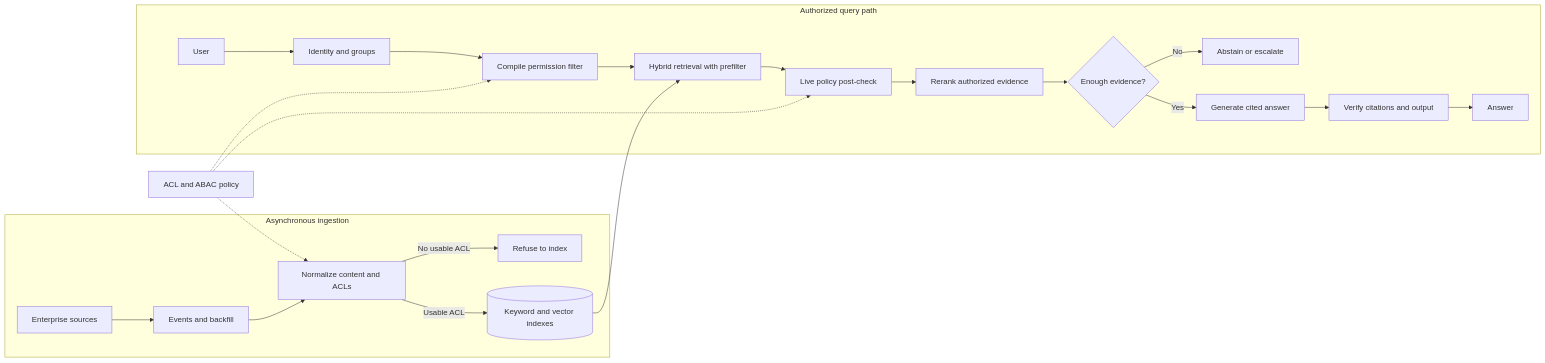
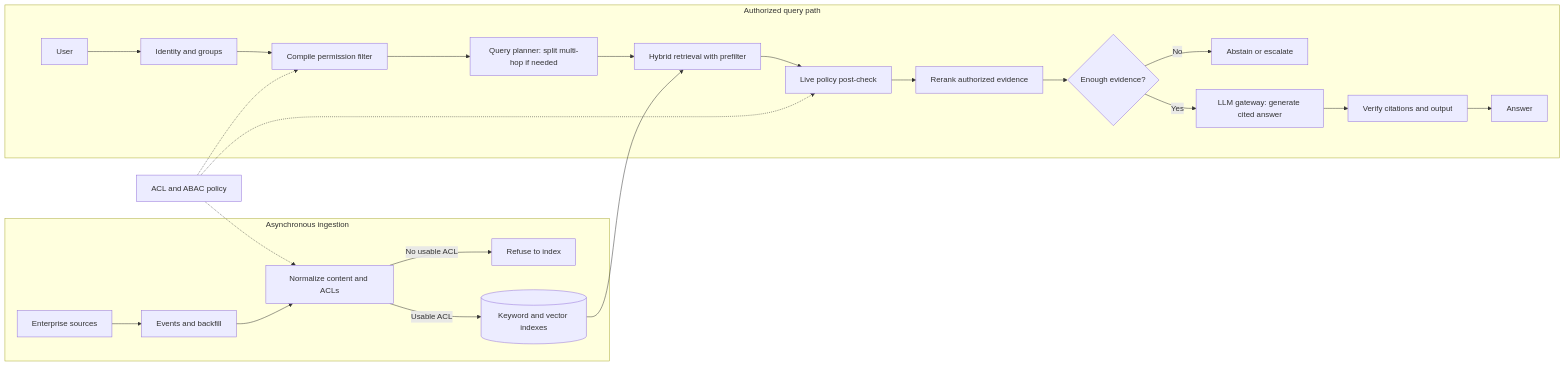
The diagram in 06_Interview_Prep/Case_Study_Groups/G01_Enterprise_Knowledge_Assistant/G01_Enterprise_Knowledge_Assistant_Main.md (Sourav692/AI-ENGINEERING-DEMYSTIFIED), drawn with Mermaid before and after one commit. The commit also changed other lines of this file and 14 other files, not shown here.

````diff
--- a/06_Interview_Prep/Case_Study_Groups/G01_Enterprise_Knowledge_Assistant/G01_Enterprise_Knowledge_Assistant_Main.md
+++ b/06_Interview_Prep/Case_Study_Groups/G01_Enterprise_Knowledge_Assistant/G01_Enterprise_Knowledge_Assistant_Main.md
@@ -144,27 +144,28 @@
 ```mermaid
 flowchart LR
     subgraph ING[Asynchronous ingestion]
         SRC[Enterprise sources] --> QUEUE[Events and backfill]
         QUEUE --> NORM[Normalize content and ACLs]
         NORM -->|No usable ACL| REFUSE[Refuse to index]
         NORM -->|Usable ACL| INDEX[(Keyword and vector indexes)]
     end
 
     subgraph QRY[Authorized query path]
         USER[User] --> ID[Identity and groups]
         ID --> FILTER[Compile permission filter]
-        FILTER --> RET[Hybrid retrieval with prefilter]
+        FILTER --> PLAN[Query planner: split multi-hop if needed]
+        PLAN --> RET[Hybrid retrieval with prefilter]
         RET --> CHECK[Live policy post-check]
         CHECK --> RERANK[Rerank authorized evidence]
         RERANK --> GRADE{Enough evidence?}
         GRADE -->|No| ABSTAIN[Abstain or escalate]
-        GRADE -->|Yes| LLM[Generate cited answer]
+        GRADE -->|Yes| LLM[LLM gateway: generate cited answer]
         LLM --> VERIFY[Verify citations and output]
         VERIFY --> ANSWER[Answer]
     end
 
     INDEX --> RET
     POLICY[ACL and ABAC policy] -.-> NORM
     POLICY -.-> FILTER
     POLICY -.-> CHECK
 ```
````
